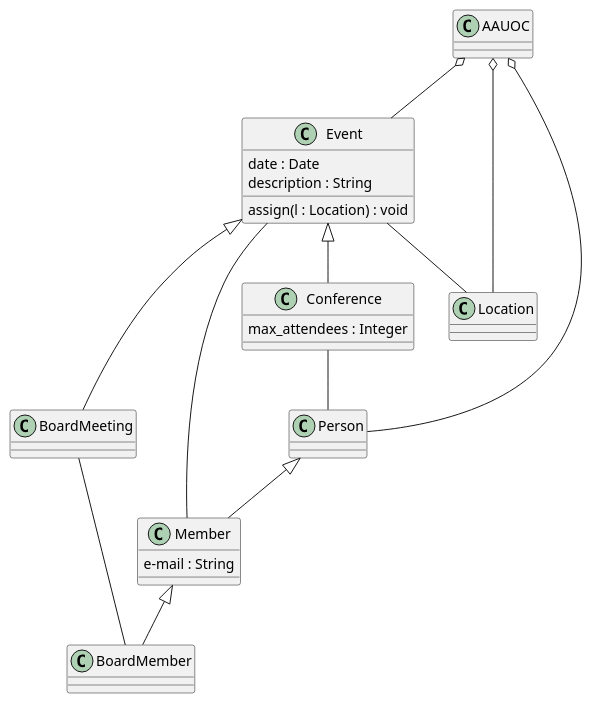
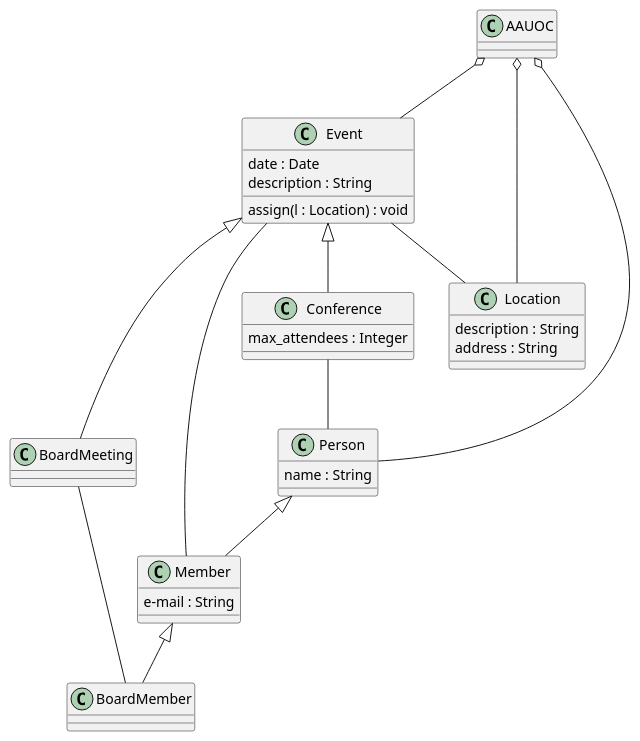
One commit to carniedom/UMLClases_CarmeloNietoDomene changed the diagram in UMLClases_CND/UMLClases_CND.puml. Above: the diagram before and after it, drawn with PlantUML.

Commit message:
resto atributos

```diff
--- a/UMLClases_CND/UMLClases_CND.puml
+++ b/UMLClases_CND/UMLClases_CND.puml
@@ -1,45 +1,48 @@
 @startuml
 class Member{
     e-mail : String
 }
 
 class BoardMember{
 }
 
 class Event{
     date : Date
     description : String
     assign(l : Location) : void
 }
 
 class Conference{
     max_attendees : Integer
 }
 
 class BoardMeeting{
 }
 
 class Location{
-    
+    description : String
+    address : String
 }
 
 class Person{
+    name : String
 }
 
 class AAUOC{
+    
 }
 
 AAUOC o-- Event
 AAUOC o-- Person
 AAUOC o-- Location
 Event -- Location
 Event -- Member
 Event <|-- Conference
 Event <|-- BoardMeeting
 Conference -- Person
 BoardMeeting -- BoardMember
 Person <|-- Member
 Member <|-- BoardMember
 
 
 @enduml
```
